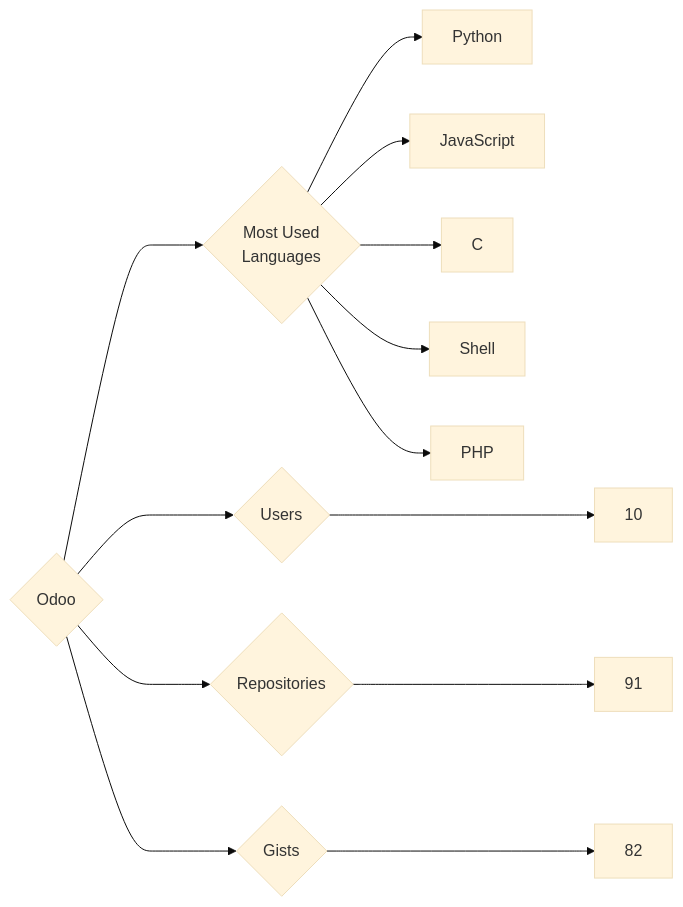
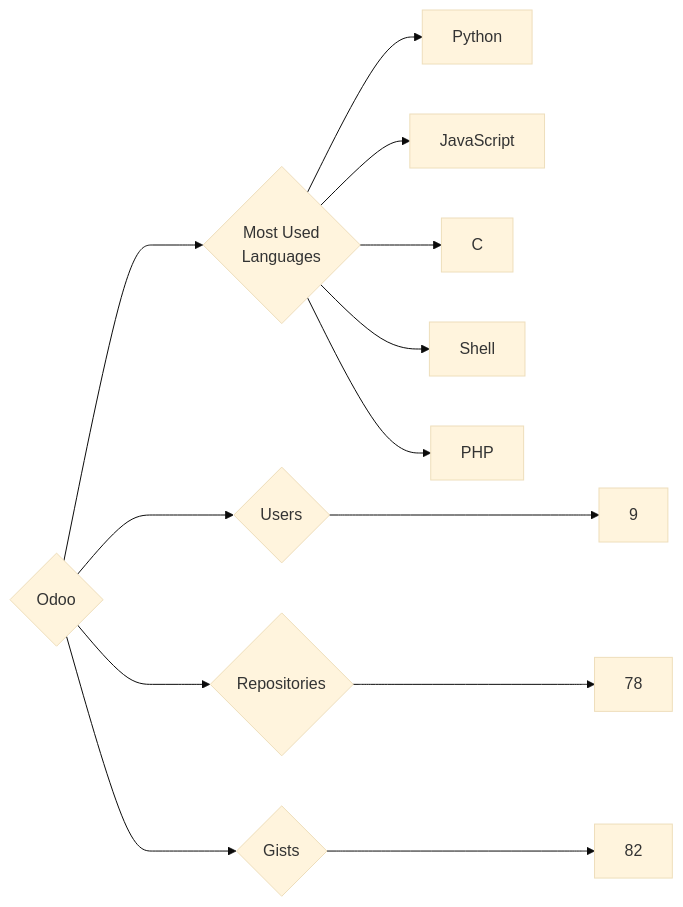
The diagram in targets/Odoo/README.md (trickest/insiders), drawn with Mermaid (base theme) before and after one commit. The commit also changed 1248 other files, not shown here.

````diff
--- a/targets/Odoo/README.md
+++ b/targets/Odoo/README.md
@@ -3,13 +3,13 @@
 ```mermaid
 graph LR
 COMPANY_NAME{Odoo}
-COMPANY_NAME ---> U{Users} ---> UN[10]
-COMPANY_NAME ---> R{Repositories} ---> RN[91]
+COMPANY_NAME ---> U{Users} ---> UN[9]
+COMPANY_NAME ---> R{Repositories} ---> RN[78]
 COMPANY_NAME ---> G{Gists} ---> GN[82]
 COMPANY_NAME ---> ML{Most Used<br>Languages}
 ML --> Python[Python]
 ML --> JavaScript[JavaScript]
 ML --> C[C]
 ML --> Shell[Shell]
 ML --> PHP[PHP]
 ```
````
